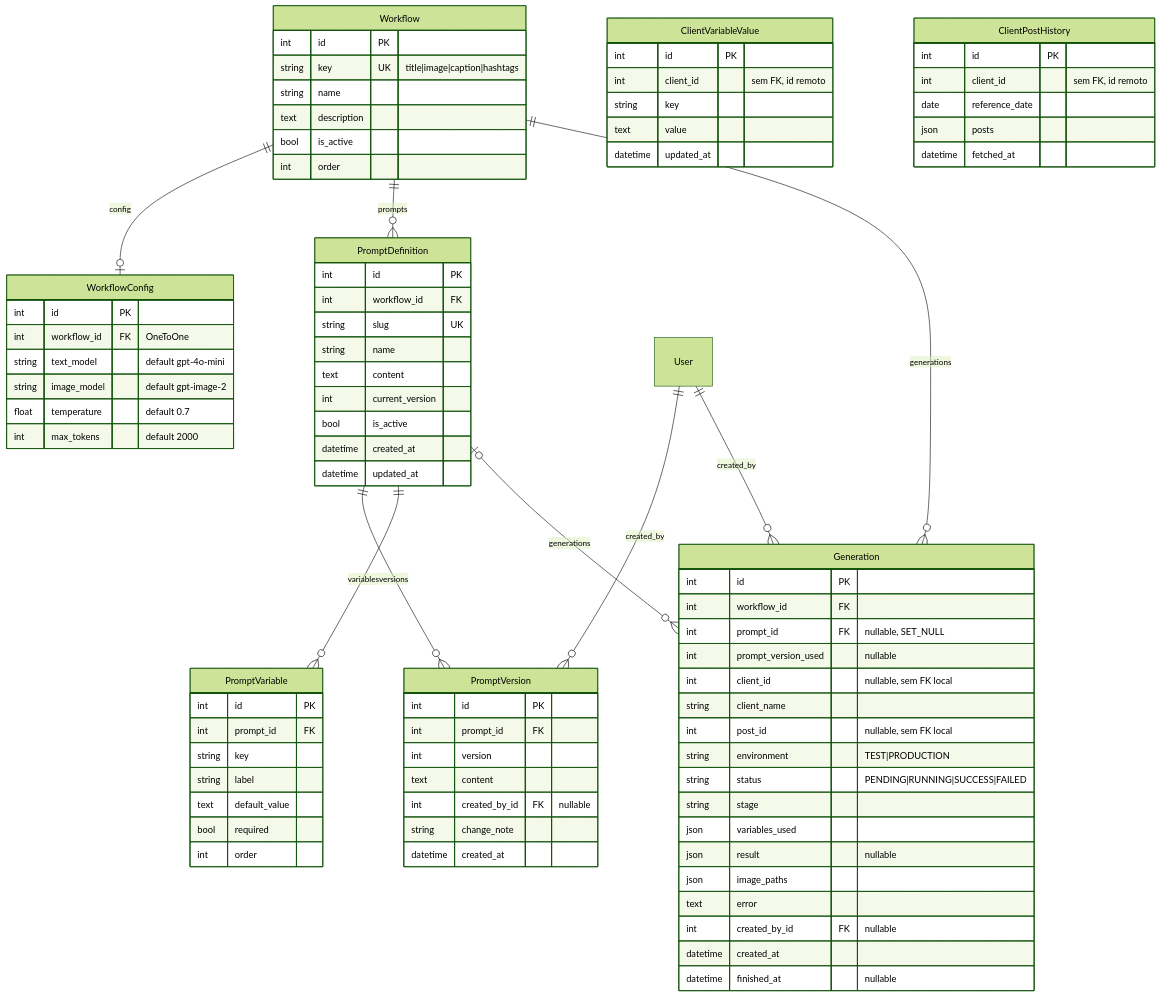
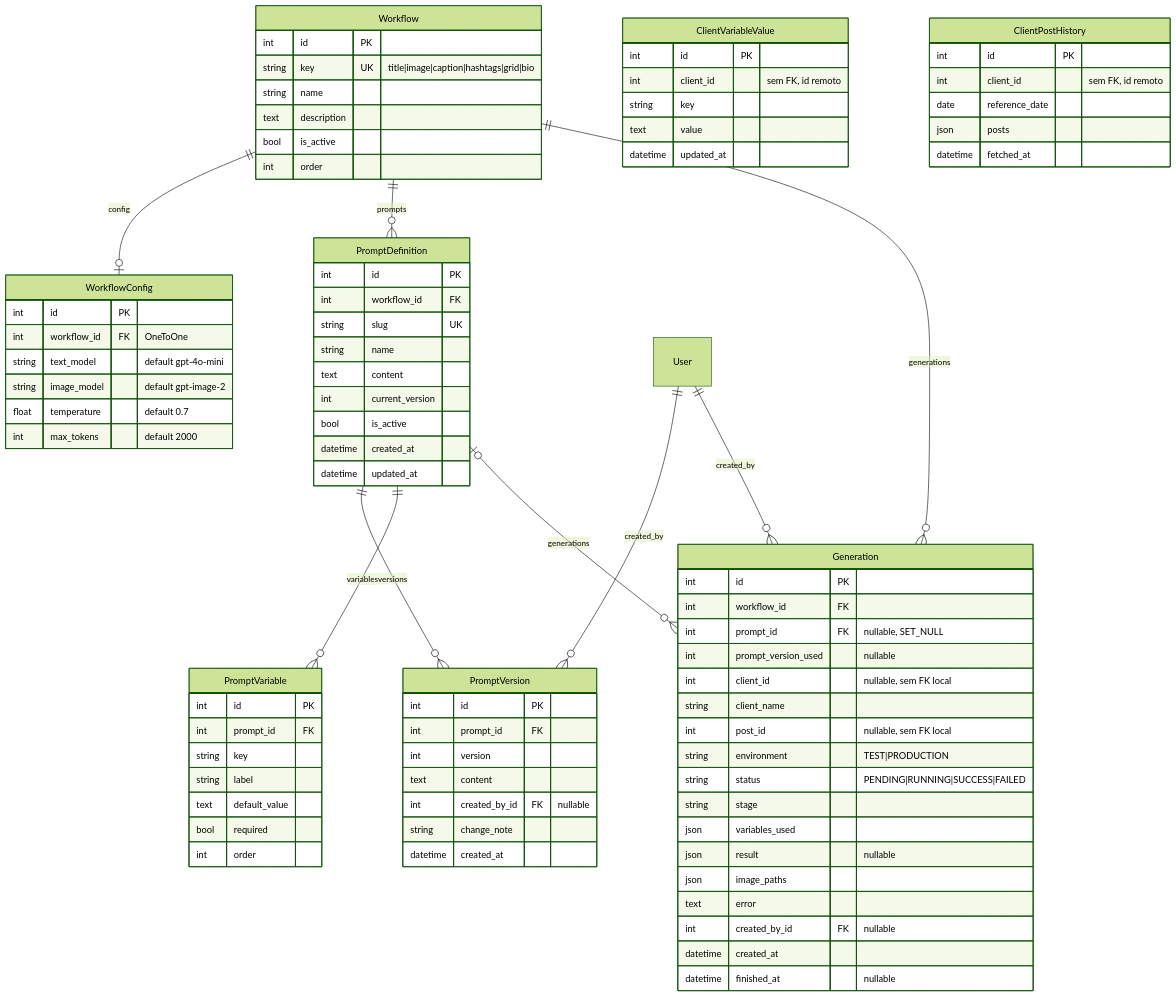
Before and after one commit to aliverso01/mintlify-docs: the diagram in miggoai/modelo-de-dados.mdx, drawn with Mermaid (forest theme). The commit also changed other lines of this file and 15 other files, not shown here.

```diff
--- a/miggoai/modelo-de-dados.mdx
+++ b/miggoai/modelo-de-dados.mdx
@@ -25,7 +25,7 @@
 
     Workflow {
         int id PK
-        string key UK "title|image|caption|hashtags"
+        string key UK "title|image|caption|hashtags|grid|bio"
         string name
         text description
         bool is_active
```
